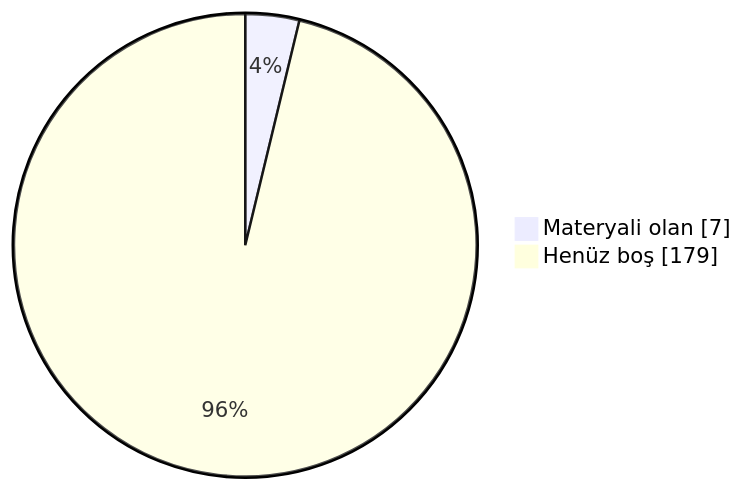
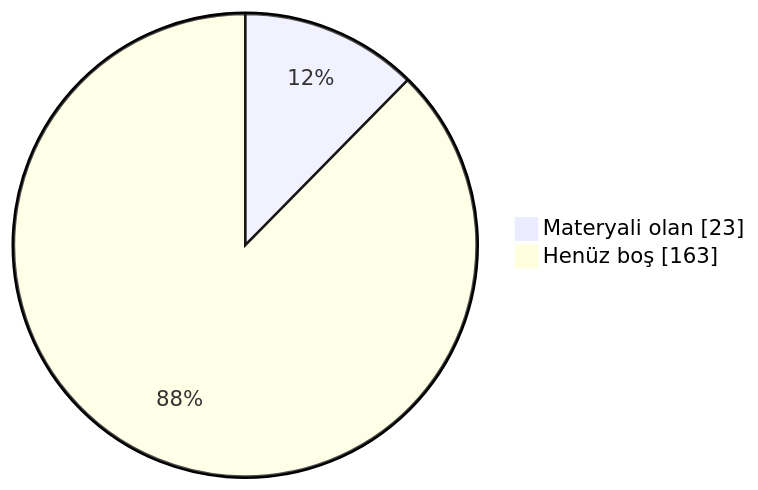
Before and after one commit to MarmaraArsiv/muh_bilgisayar: the diagram in README.md, drawn with Mermaid. The commit also changed other lines of this file and 1 other file, not shown here.

````diff
--- a/README.md
+++ b/README.md
@@ -105,5 +105,5 @@
 ```mermaid
 pie showData
-  "Materyali olan" : 7
-  "Henüz boş" : 179
+  "Materyali olan" : 23
+  "Henüz boş" : 163
 ```
````
